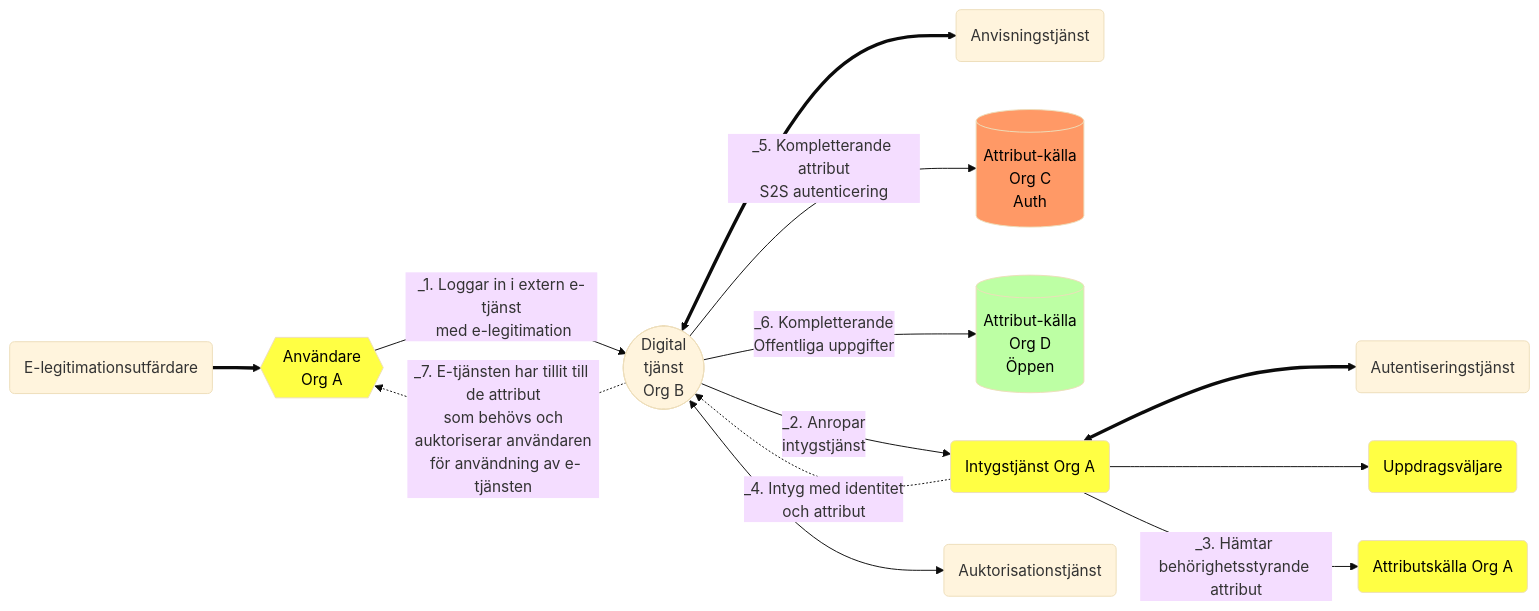
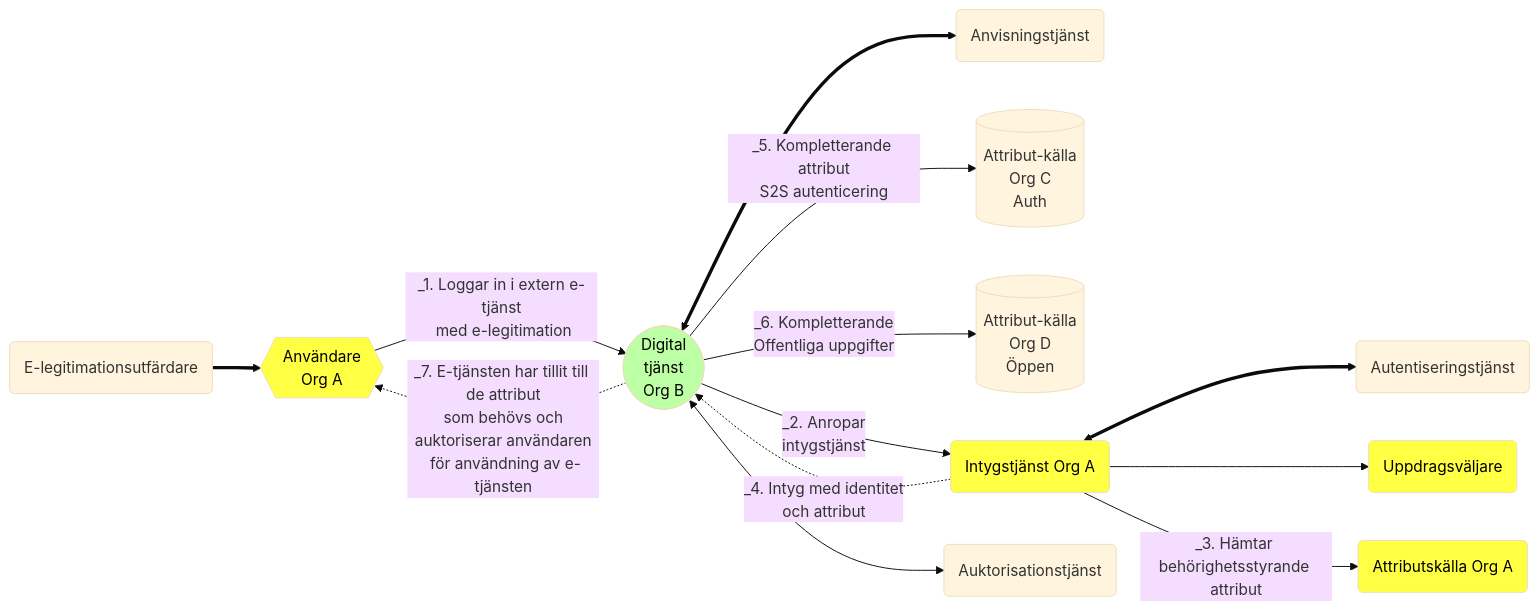
One commit to diggsweden/ena-authorization changed the diagram in architecture/technical-federation-architecture.md. Above: the diagram before and after it, drawn with Mermaid (base theme).

````diff
--- a/architecture/technical-federation-architecture.md
+++ b/architecture/technical-federation-architecture.md
@@ -3,29 +3,29 @@
 ```mermaid
 flowchart LR
 classDef Amber color:#000000,fill:#FFFF44
 classDef Green color:#000000,fill:#BDFFA4
 classDef orange color:#000000,fill:#f96
 A{{Användare<br>Org A}}:::Amber
-B([Digital<br>tjänst<br>Org B])
+B([Digital<br>tjänst<br>Org B]):::Green
 C(Anvisningstjänst)
-D[(Attribut-källa<br>Org C<br>Auth)]:::orange
-E[(Attribut-källa<br>Org D<br>Öppen)]:::Green
+D[(Attribut-källa<br>Org C<br>Auth)]
+E[(Attribut-källa<br>Org D<br>Öppen)]
 F(Intygstjänst Org A):::Amber
 G(Autentiseringstjänst)
 H(Uppdragsväljare):::Amber
 I(Attributskälla Org A):::Amber
 J(E-legitimationsutfärdare)
 K(Auktorisationstjänst)
 J ==> A
 A -->|_1. Loggar in i extern e-tjänst<br> med e-legitimation | B
 B <==> C
 B --> |_2. Anropar<br>intygstjänst| F
 F <==> G
 F --> H
 F --> |_3. Hämtar behörighetsstyrande attribut| I
 F -.-> |_4. Intyg med identitet<br>och attribut| B
 B -->|_5. Kompletterande attribut<br>S2S autenticering| D
 B --> |_6. Kompletterande<br>Offentliga uppgifter| E
 B-.->|_7. E-tjänsten har tillit till de attribut<br> som behövs och auktoriserar användaren<br> för användning av e-tjänsten |A
 B<-->K
 ```
````
